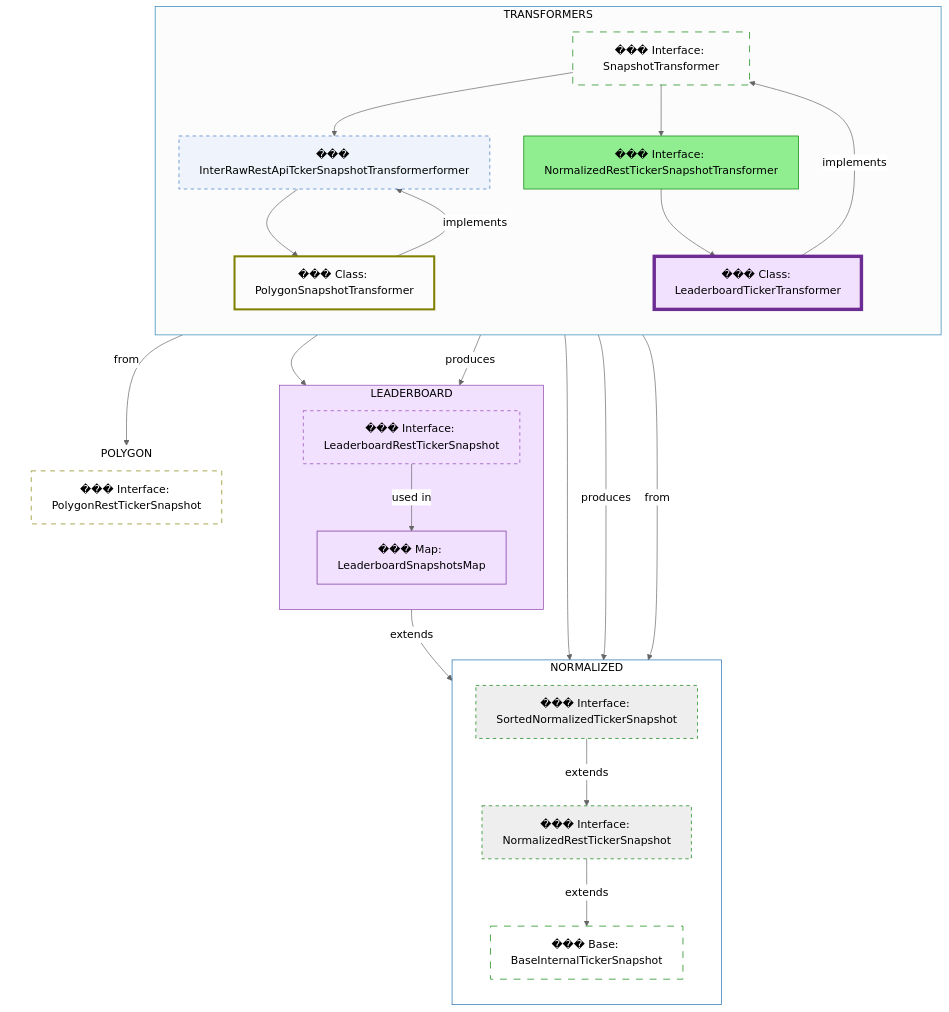
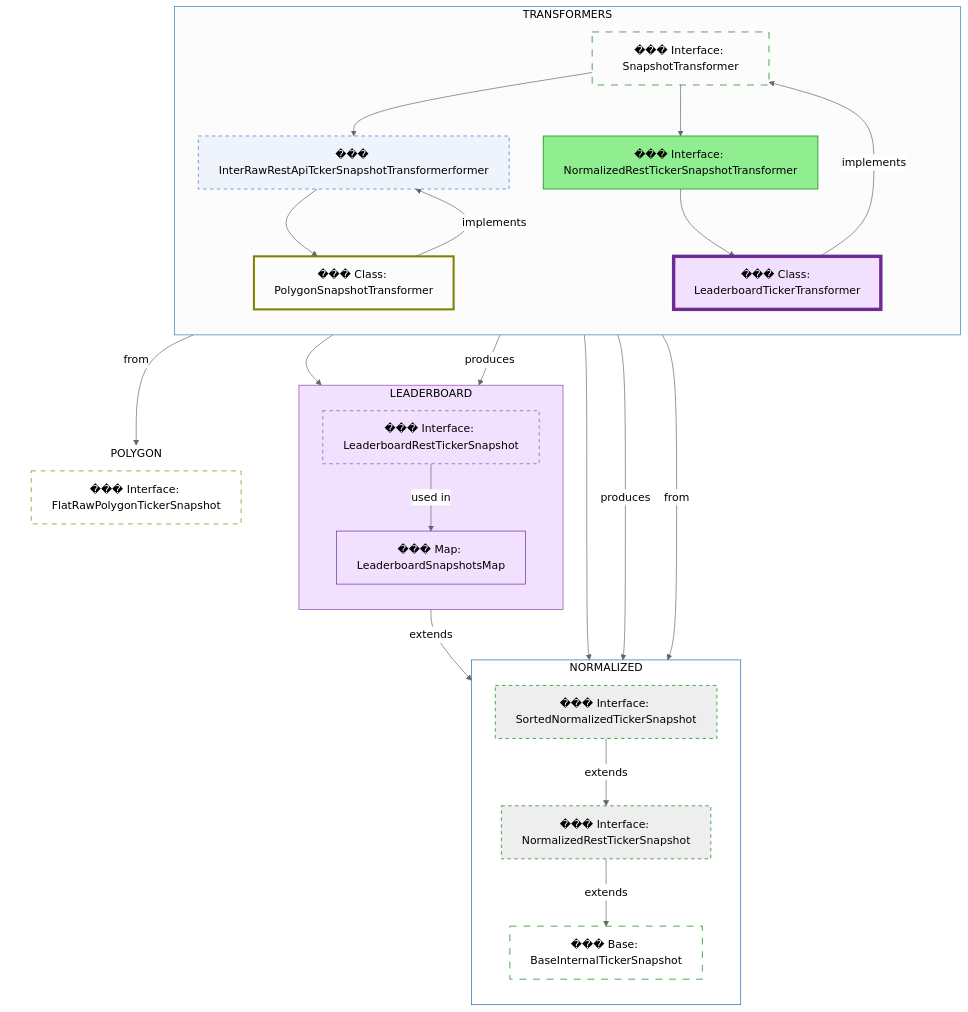
The diagram in src/docs/diagrams/rest-ticker-snapshot-transformer-hierarchy.graph.mmd (monolithgoon/momentum-trend-notification-bot), drawn with Mermaid (neutral theme) before and after one commit. The commit also changed 65 other files, not shown here.

```diff
--- a/src/docs/diagrams/rest-ticker-snapshot-transformer-hierarchy.graph.mmd
+++ b/src/docs/diagrams/rest-ticker-snapshot-transformer-hierarchy.graph.mmd
@@ -1,90 +1,90 @@
 flowchart TD
 
   %% === TRANSFORMERS CLUSTER ===
   subgraph TRANSFORMERS
     direction TB
     style TRANSFORMERS fill:#,stroke:#2980b9,stroke-width:1px,color:#000;
     I4["��� Interface: SnapshotTransformer"]
     I1["��� InterRawRestApiTckerSnapshotTransformerformer"]
     I3["��� Interface: NormalizedRestTickerSnapshotTransformer"]
     C1["���️ Class: PolygonSnapshotTransformer"]
     C2["���️ Class: LeaderboardTickerTransformer"]
   end
 
   %% === NORMALIZED CLUSTER ===
   subgraph NORMALIZED
     direction TB
     style NORMALIZED fill:none,stroke:#1c6cb3,stroke-width:1px,color:#000;
     A1["��� Base: BaseInternalTickerSnapshot"]
     A2["��� Interface: NormalizedRestTickerSnapshot"]
     A3["��� Interface: SortedNormalizedTickerSnapshot"]
   end
 
   %% === LEADERBOARD CLUSTER ===
   subgraph LEADERBOARD
     direction TB
     style LEADERBOARD fill:#f2e0ff,stroke:#8e44ad,stroke-width:1px,color:#000;
     A4["��� Interface: LeaderboardRestTickerSnapshot"]
     M1["��� Map: LeaderboardSnapshotsMap"]
   end
 
   %% === POLYGON CLUSTER ===
   subgraph POLYGON
     direction TB
     style POLYGON fill:none,stroke:#0e7a6f,stroke-width:0px,color:#000;
-    R1["��� Interface: PolygonRestTickerSnapshot"]
+    R1["��� Interface: FlatRawPolygonTickerSnapshot"]
   end
 
   %% === Rank / Positioning Edges
   I4 --> I1
   I4 --> I3
   I1 --> C1
   I3 --> C2
   C1 --> A2
   C2 --> A4
 
   %% === Snapshot Inheritance
   A2 -->|extends| A1
   A3 -->|extends| A2
   A4 -->|extends| A1
 
   %% === Implementation + Transformation Edges
   C1 -->|implements| I1
   C1 -->|produces| A2
   C1 -->|from| R1
 
   C2 -->|implements| I4
   C2 -->|produces| A4
   C2 -->|from| A2
 
   A4 -->|used in| M1
 
   %% === Style Definitions ===
   classDef normalized-transformer-interface fill:lightgreen,stroke:green,color:#000,stroke: 5;
   classDef normalized-interface fill:apple,stroke:green,color:#000,stroke-dasharray: 5 5;
   classDef normalized-class fill:lightgreen,stroke:green,color:#000,stroke-width:4px;
 
   classDef polygon-class fill:none,stroke:olive,color:#000,stroke-width:3px;
   classDef polygon-interface fill:none,stroke:olive,color:#000,stroke-dasharray: 7 7;
 
   classDef leaderboard-interface fill:#f2e0ff,stroke:#8e44ad,color:#000,stroke-dasharray: 5 5;
   classDef leaderboard-class fill:#f2e0ff,stroke:#6c2c94,color:#000,stroke-width:5px;
   classDef map fill:none,stroke:#6c2c94,color:#000,fill:#f2e0ff,stroke-width:1px;
 
   classDef base-interface fill:none,stroke:green,color:#000,stroke-dasharray: 10;
   classDef base-class fill:none,stroke:green,color:#000,stroke-width:5px;
 
   classDef transformer-interface fill:#eef3fc,stroke:#3a75c4,color:#000,stroke-dasharray: 5 5;
 
   %% === Apply Styles ===
   class A1 base-interface
   class A2,A3 normalized-interface
   class A4 leaderboard-interface
   class R1 polygon-interface
 
   class I4 base-interface
   class I3 normalized-transformer-interface
   class I1 transformer-interface
   class C1 polygon-class
   class C2 leaderboard-class
   class M1 map
```
